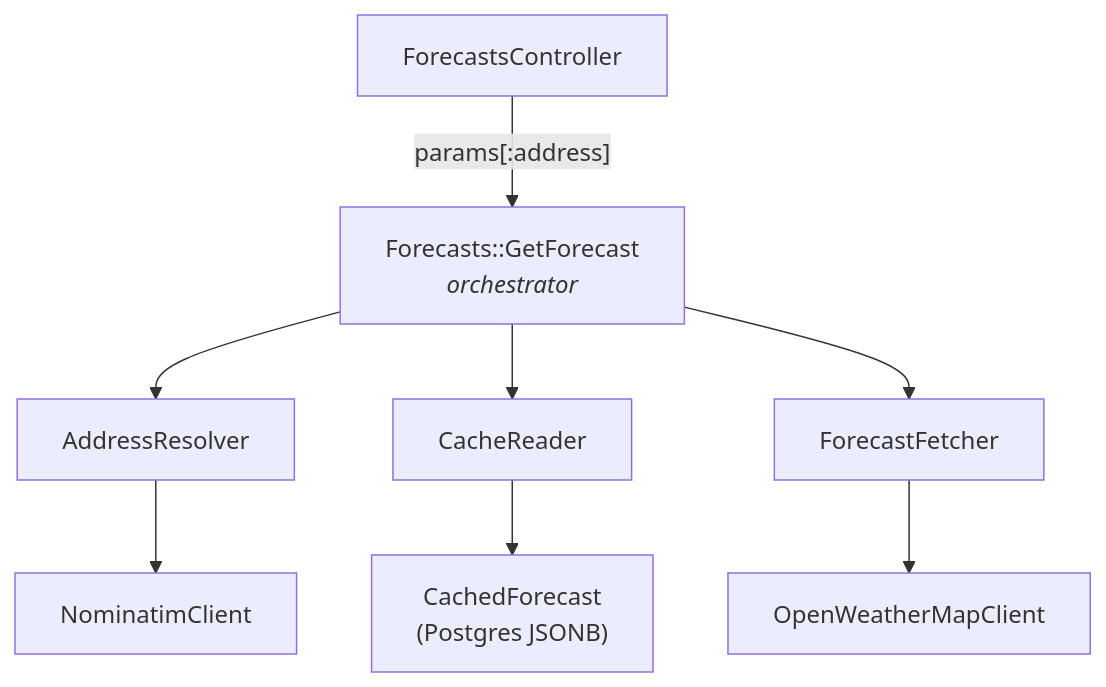
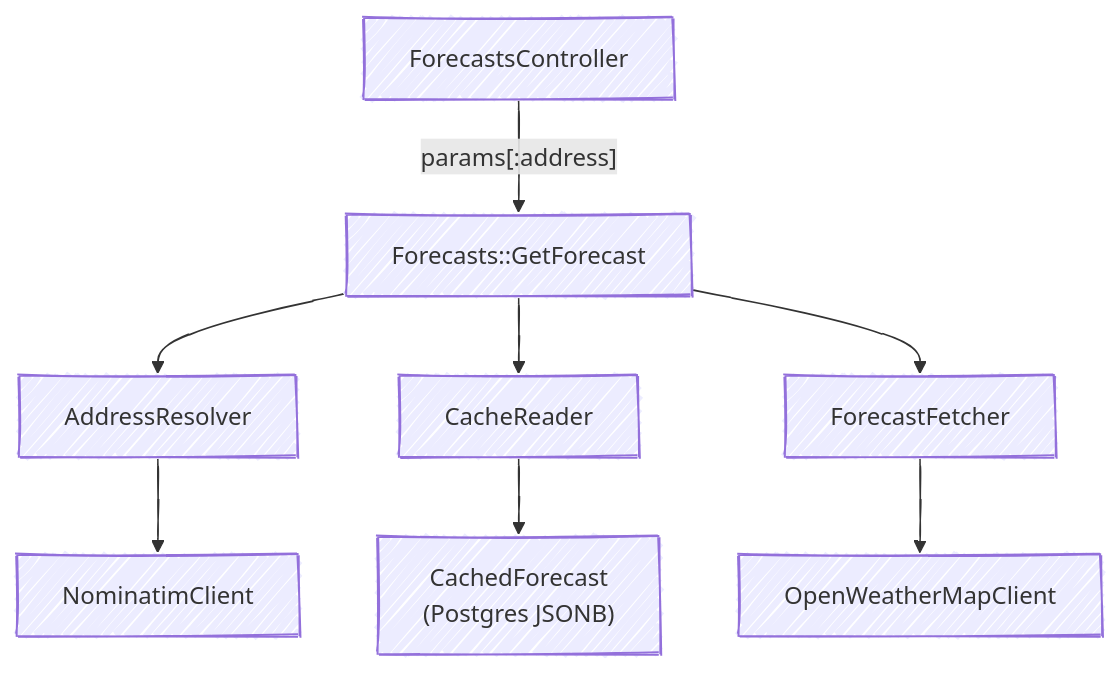
Before and after one commit to mandelbro/fetch-forecast: the diagram in README.md, drawn with Mermaid. The commit also changed other lines of this file, not shown here.

````diff
--- a/README.md
+++ b/README.md
@@ -185,10 +70,15 @@
 ```mermaid
+---
+config:
+  look: handDrawn
+---
+
 graph TD
-    A[ForecastsController] -->|"params[:address]"| B["Forecasts::GetForecast<br/><i>orchestrator</i>"]
+    A[ForecastsController] -->|"params[:address]"| B["Forecasts::GetForecast"]
     B --> C[AddressResolver]
     B --> D[CacheReader]
     B --> E[ForecastFetcher]
     C --> F[NominatimClient]
     D --> G["CachedForecast<br/>(Postgres JSONB)"]
     E --> H[OpenWeatherMapClient]
 ```
````
